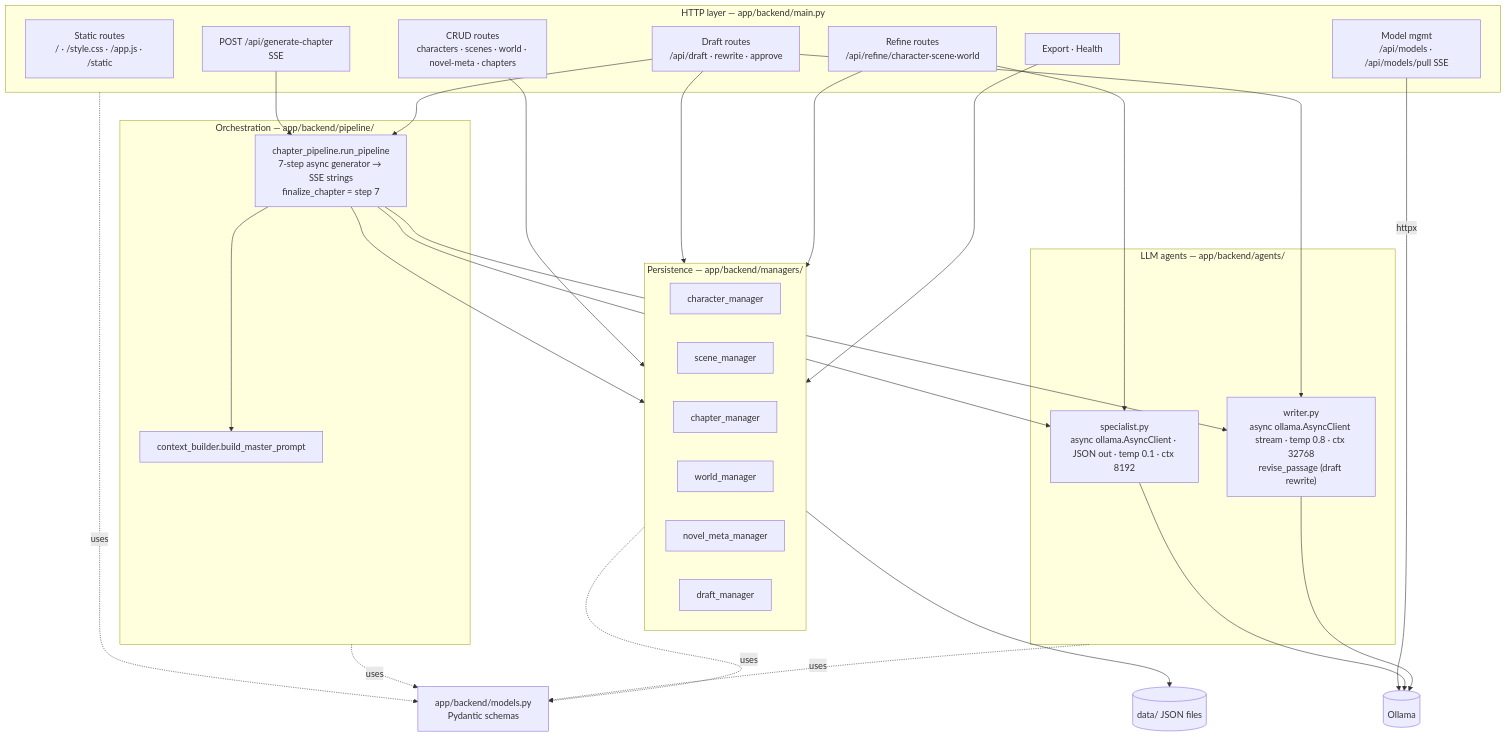
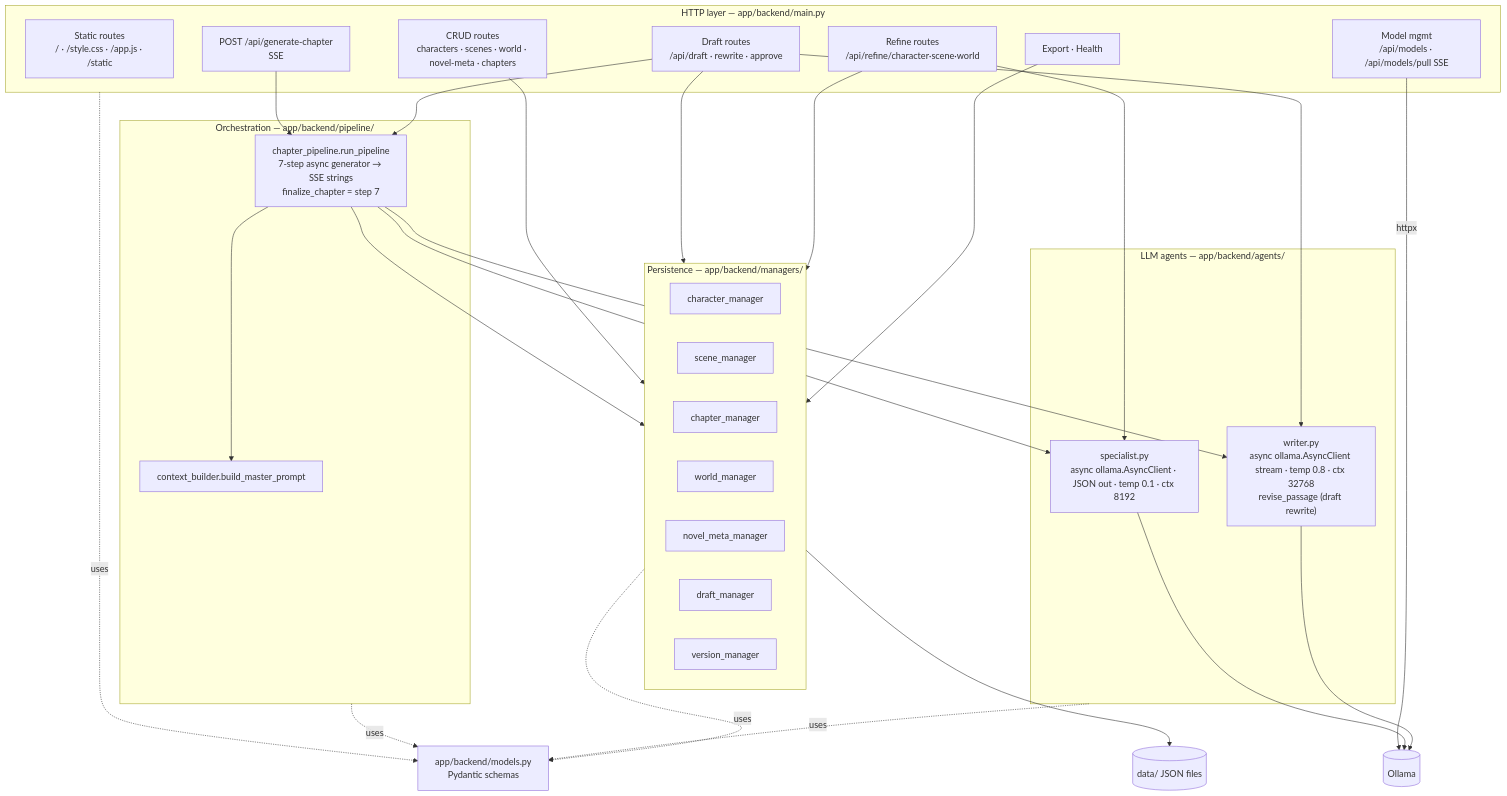
One commit to Tejasva-Maurya/AI_Writer changed the second of 3 diagrams in docs/technical/01-overview-and-architecture.md. Above: the diagram before and after it, drawn with Mermaid. The commit also changed other lines of this file and 27 other files, not shown here.

````diff
--- a/docs/technical/01-overview-and-architecture.md
+++ b/docs/technical/01-overview-and-architecture.md
@@ -79,55 +79,56 @@
 ```mermaid
 flowchart TB
     subgraph API["HTTP layer — app/backend/main.py"]
         R1[Static routes<br/>/ · /style.css · /app.js · /static]
         R2[CRUD routes<br/>characters · scenes · world · novel-meta · chapters]
         R3[POST /api/generate-chapter<br/>SSE]
         R7[Draft routes<br/>/api/draft · rewrite · approve]
         R4[Refine routes<br/>/api/refine/character·scene·world]
         R5[Model mgmt<br/>/api/models · /api/models/pull SSE]
         R6[Export · Health]
     end
 
     subgraph PIPE["Orchestration — app/backend/pipeline/"]
         P1[chapter_pipeline.run_pipeline<br/>7-step async generator → SSE strings<br/>finalize_chapter = step 7]
         P2[context_builder.build_master_prompt]
     end
 
     subgraph AG["LLM agents — app/backend/agents/"]
         A1["specialist.py<br/>async ollama.AsyncClient · JSON out · temp 0.1 · ctx 8192"]
         A2["writer.py<br/>async ollama.AsyncClient stream · temp 0.8 · ctx 32768<br/>revise_passage (draft rewrite)"]
     end
 
     subgraph MGR["Persistence — app/backend/managers/"]
         M1[character_manager]
         M2[scene_manager]
         M3[chapter_manager]
         M4[world_manager]
         M5[novel_meta_manager]
         M6[draft_manager]
+        M7[version_manager]
     end
 
     MOD["app/backend/models.py<br/>Pydantic schemas"]
     DATA[("data/ JSON files")]
 
     R2 --> MGR
     R3 --> P1
     R7 --> P1
     R7 --> A2
     R7 --> MGR
     R4 --> A1
     R4 --> MGR
     R6 --> MGR
     P1 --> A1
     P1 --> A2
     P1 --> P2
     P1 --> MGR
     MGR --> DATA
     API -.uses.-> MOD
     PIPE -.uses.-> MOD
     AG -.uses.-> MOD
     MGR -.uses.-> MOD
     R5 -->|httpx| OLL[(Ollama)]
     A1 --> OLL
     A2 --> OLL
 ```
````
